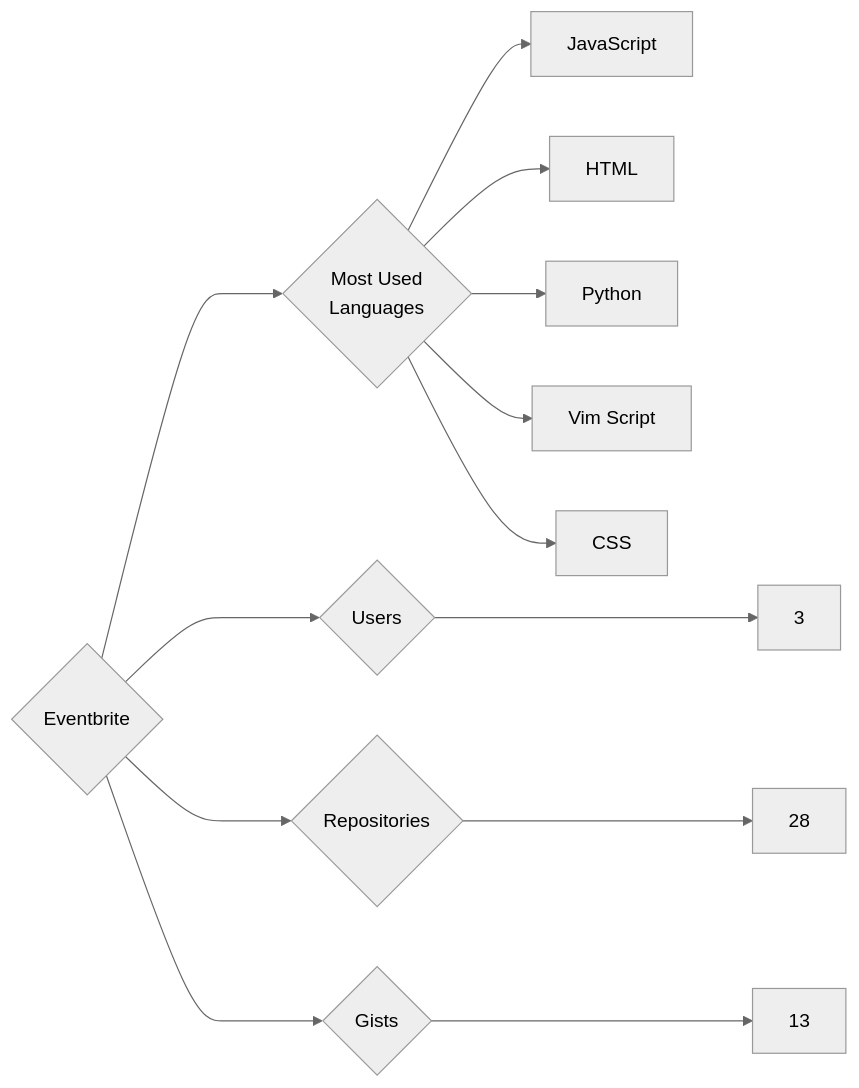
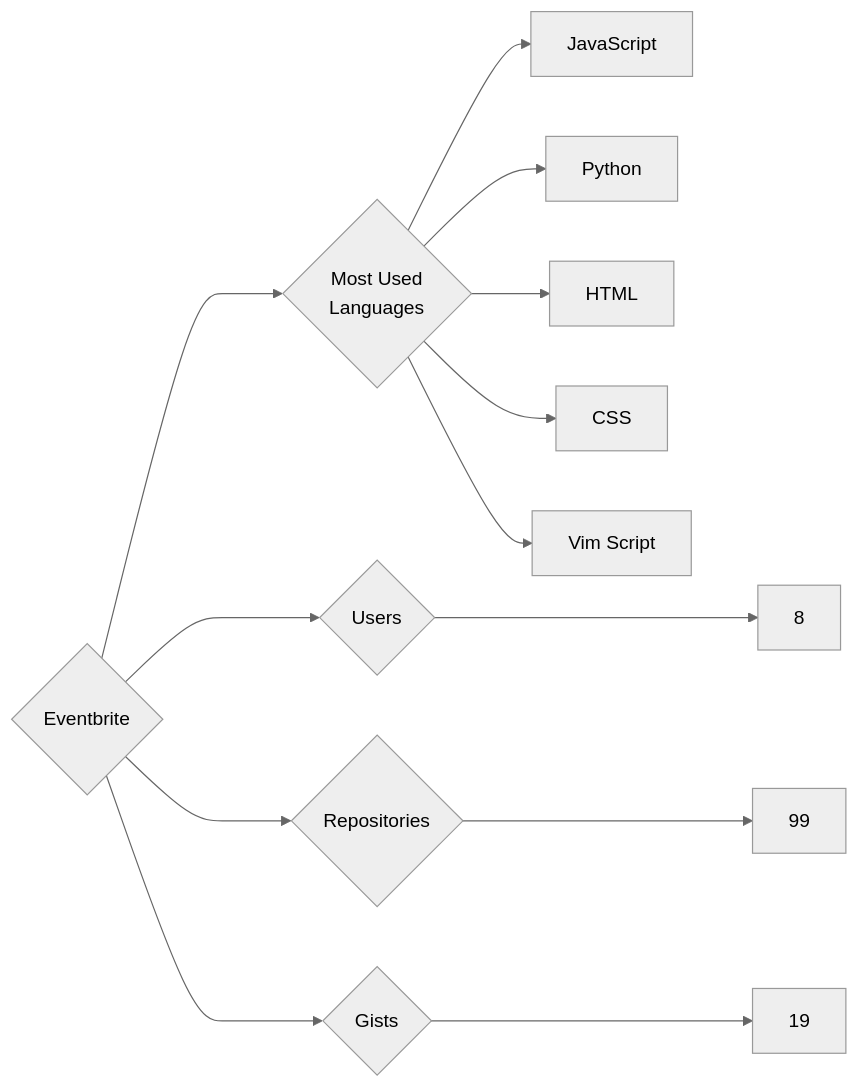
The diagram in targets/Eventbrite/README.md (trickest/insiders), drawn with Mermaid (neutral theme) before and after one commit. The commit also changed 786 other files, not shown here.

````diff
--- a/targets/Eventbrite/README.md
+++ b/targets/Eventbrite/README.md
@@ -3,13 +3,13 @@
 ```mermaid
 graph LR
 COMPANY_NAME{Eventbrite}
-COMPANY_NAME ---> U{Users} ---> UN[3]
-COMPANY_NAME ---> R{Repositories} ---> RN[28]
-COMPANY_NAME ---> G{Gists} ---> GN[13]
+COMPANY_NAME ---> U{Users} ---> UN[8]
+COMPANY_NAME ---> R{Repositories} ---> RN[99]
+COMPANY_NAME ---> G{Gists} ---> GN[19]
 COMPANY_NAME ---> ML{Most Used<br>Languages}
 ML --> JavaScript[JavaScript]
+ML --> Python[Python]
 ML --> HTML[HTML]
-ML --> Python[Python]
+ML --> CSS[CSS]
 ML --> Vim_Script[Vim Script]
-ML --> CSS[CSS]
 ```
````
